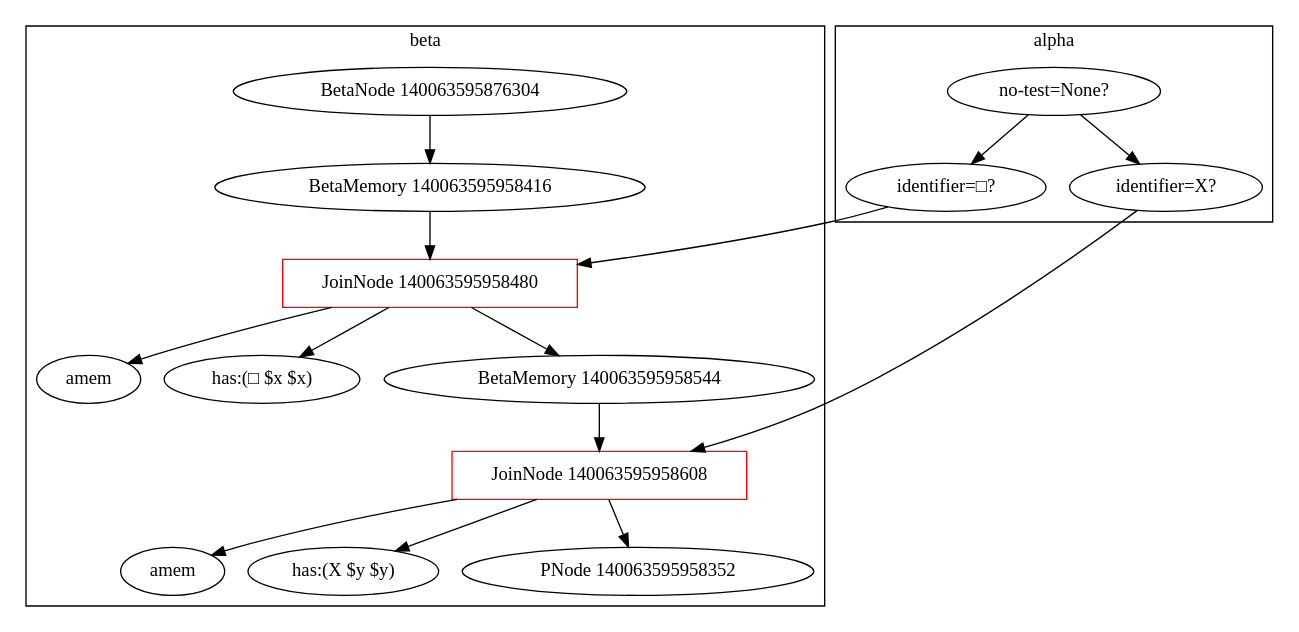
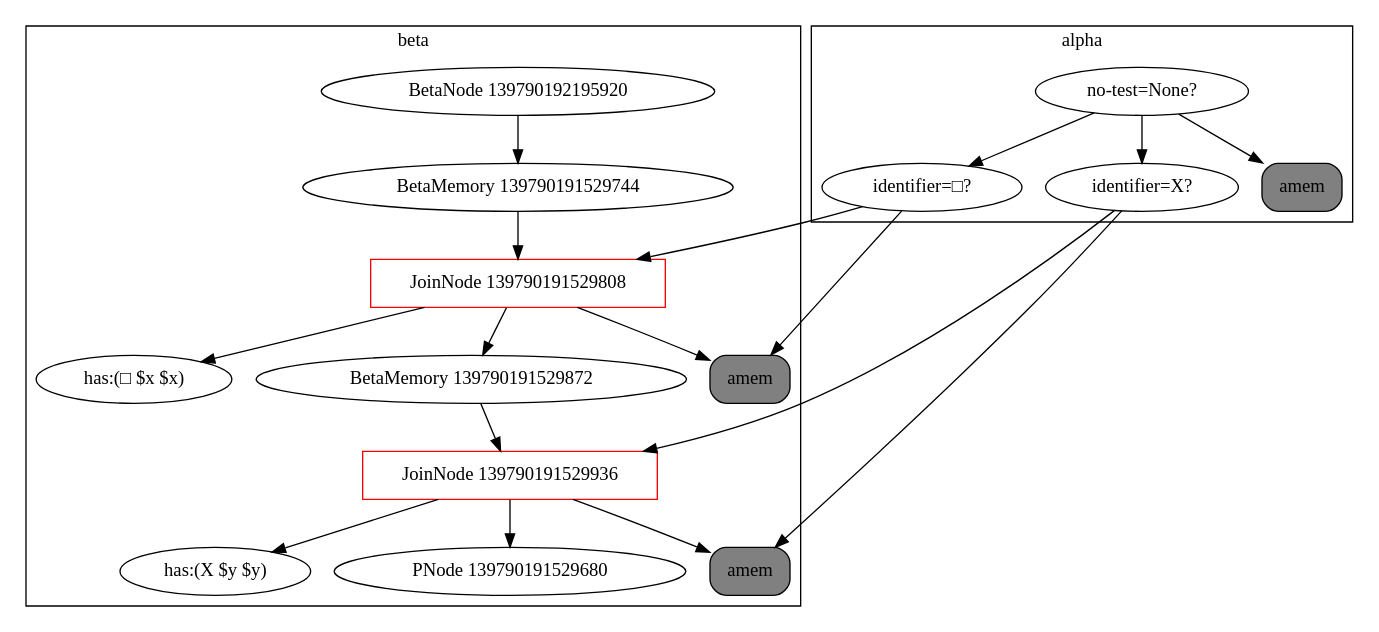
One commit to Cybernetic1/python changed the diagram in genifer6/rete.dot. Above: the diagram before and after it, drawn with Graphviz. The commit also changed 3 other files, not shown here.

Commit message:
rete dot graphs

```diff
--- a/genifer6/rete.dot
+++ b/genifer6/rete.dot
@@ -1,25 +1,29 @@
 digraph {
     subgraph cluster_1 {
     label = beta
-    "BetaNode 140063595876304" -> "BetaMemory 140063595958416";
-    "BetaMemory 140063595958416" -> "JoinNode 140063595958480";
-    "JoinNode 140063595958480" -> "amem:<rete.alpha.AlphaMemory instance at 0x7f6318e0ac68>"
-    "amem:<rete.alpha.AlphaMemory instance at 0x7f6318e0ac68>" [label="amem"];
-    "JoinNode 140063595958480" [shape=box, color=red];
-    "JoinNode 140063595958480" -> "has:(□ $x $x)"
-    "JoinNode 140063595958480" -> "BetaMemory 140063595958544";
-    "BetaMemory 140063595958544" -> "JoinNode 140063595958608";
-    "JoinNode 140063595958608" -> "amem:<rete.alpha.AlphaMemory instance at 0x7f6318e0acf8>"
-    "amem:<rete.alpha.AlphaMemory instance at 0x7f6318e0acf8>" [label="amem"];
-    "JoinNode 140063595958608" [shape=box, color=red];
-    "JoinNode 140063595958608" -> "has:(X $y $y)"
-    "JoinNode 140063595958608" -> "PNode 140063595958352";
+    "BetaNode 139790192195920" -> "BetaMemory 139790191529744";
+    "BetaMemory 139790191529744" -> "JoinNode 139790191529808";
+    "JoinNode 139790191529808" -> "amem:<rete.alpha.AlphaMemory instance at 0x7f2370b56bd8>"
+    "JoinNode 139790191529808" [shape=box, color=red];
+    "JoinNode 139790191529808" -> "has:(□ $x $x)"
+    "JoinNode 139790191529808" -> "BetaMemory 139790191529872";
+    "BetaMemory 139790191529872" -> "JoinNode 139790191529936";
+    "JoinNode 139790191529936" -> "amem:<rete.alpha.AlphaMemory instance at 0x7f2370b56c68>"
+    "JoinNode 139790191529936" [shape=box, color=red];
+    "JoinNode 139790191529936" -> "has:(X $y $y)"
+    "JoinNode 139790191529936" -> "PNode 139790191529680";
     }
     subgraph cluster_0 {
     label = alpha
     "no-test=None?" -> "identifier=□?";
+    "identifier=□?" -> "amem:<rete.alpha.AlphaMemory instance at 0x7f2370b56bd8>";
+    "amem:<rete.alpha.AlphaMemory instance at 0x7f2370b56bd8>" [shape=box, style="rounded,filled", label="amem", fillcolor=gray];
     "no-test=None?" -> "identifier=X?";
+    "identifier=X?" -> "amem:<rete.alpha.AlphaMemory instance at 0x7f2370b56c68>";
+    "amem:<rete.alpha.AlphaMemory instance at 0x7f2370b56c68>" [shape=box, style="rounded,filled", label="amem", fillcolor=gray];
+    "no-test=None?" -> "amem:<rete.alpha.AlphaMemory instance at 0x7f2370b56a28>";
+    "amem:<rete.alpha.AlphaMemory instance at 0x7f2370b56a28>" [shape=box, style="rounded,filled", label="amem", fillcolor=gray];
     }
-    "identifier=□?" -> "JoinNode 140063595958480";
-    "identifier=X?" -> "JoinNode 140063595958608";
+    "identifier=□?" -> "JoinNode 139790191529808";
+    "identifier=X?" -> "JoinNode 139790191529936";
 }
```
